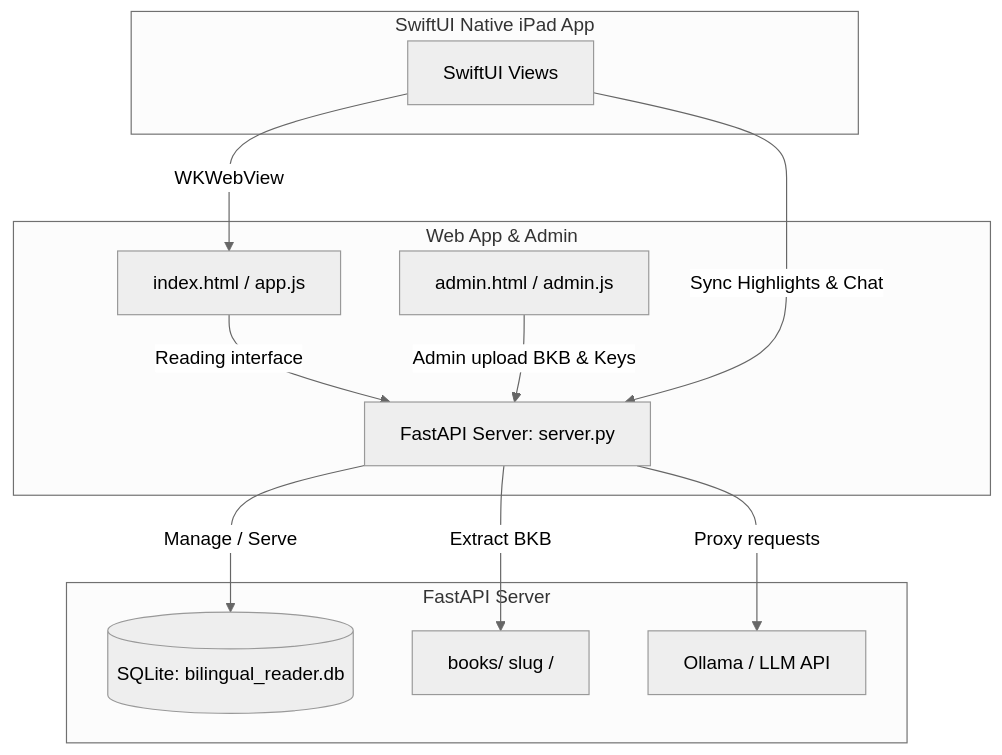
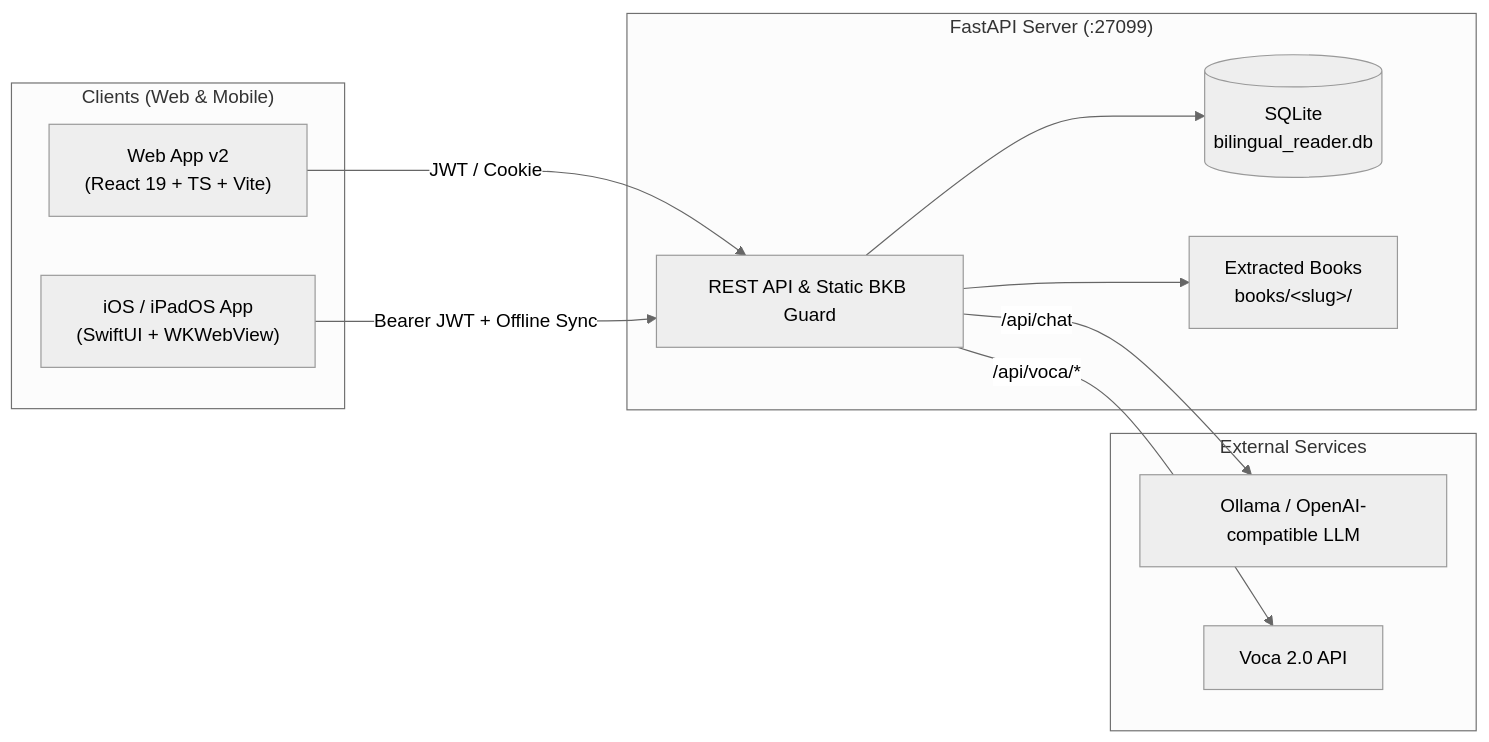
Before and after one commit to thaonv7995/bilingual-app: the diagram in README.md, drawn with Mermaid (neutral theme). The commit also changed other lines of this file, not shown here.

Commit message:
docs: revamp README with updated architecture, features, and open-source styling

````diff
--- a/README.md
+++ b/README.md
@@ -11,16 +36,25 @@
 ```mermaid
-graph TD
-    subgraph Frontend [Web App & Admin]
-        W[index.html / app.js] -->|Reading interface| API
-        A[admin.html / admin.js] -->|Admin upload BKB & Keys| API
+graph LR
+    subgraph Clients["Clients (Web & Mobile)"]
+        Web["Web App v2<br/>(React 19 + TS + Vite)"]
+        iOS["iOS / iPadOS App<br/>(SwiftUI + WKWebView)"]
     end
-    subgraph Backend [FastAPI Server]
-        API[FastAPI Server: server.py] -->|Manage / Serve| DB[(SQLite: bilingual_reader.db)]
-        API -->|Extract BKB| BooksDir[books/ slug /]
-        API -->|Proxy requests| Ollama[Ollama / LLM API]
+
+    subgraph Backend["FastAPI Server (:27099)"]
+        API["REST API & Static BKB Guard"]
+        DB[("SQLite<br/>bilingual_reader.db")]
+        Books["Extracted Books<br/>books/&lt;slug&gt;/"]
     end
-    subgraph iOS [SwiftUI Native iPad App]
-        SW[SwiftUI Views] -->|WKWebView| W
-        SW -->|Sync Highlights & Chat| API
+
+    subgraph External["External Services"]
+        LLM["Ollama / OpenAI-compatible LLM"]
+        Voca["Voca 2.0 API"]
     end
+
+    Web -->|JWT / Cookie| API
+    iOS -->|Bearer JWT + Offline Sync| API
+    API --> DB
+    API --> Books
+    API -->|"/api/chat"| LLM
+    API -->|"/api/voca/*"| Voca
 ```
````
